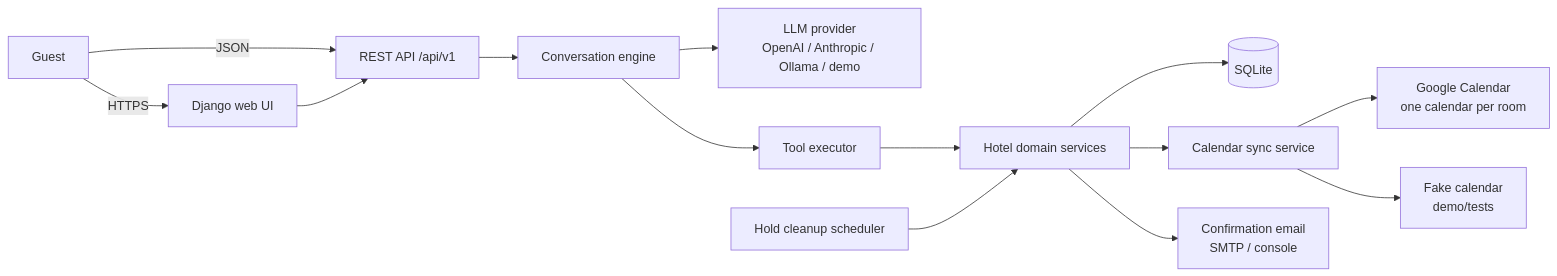
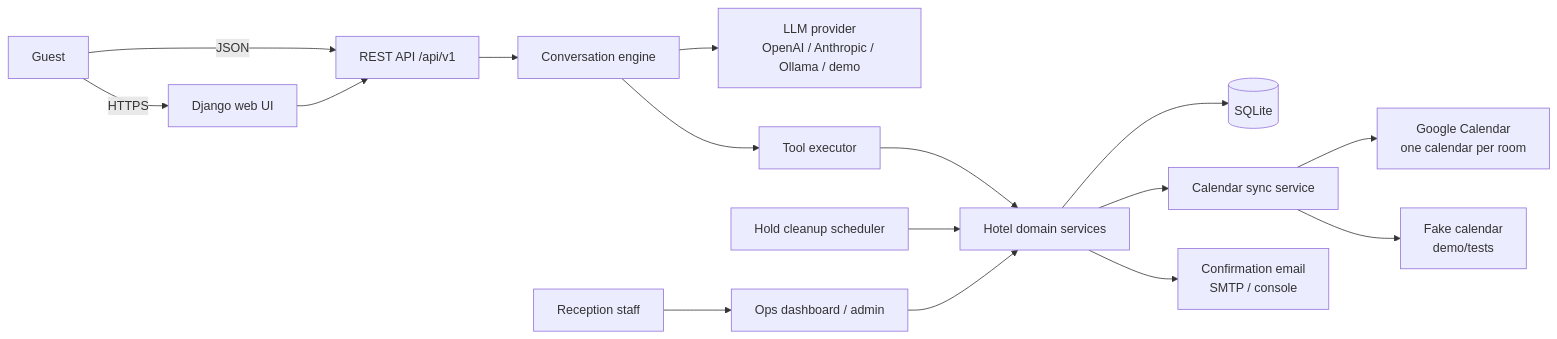
One commit to michalfrackowiak/hotel-ai-alpha changed the first of 4 diagrams in docs/ARCHITECTURE.md. Above: the diagram before and after it, drawn with Mermaid. The commit also changed other lines of this file and 34 other files, not shown here.

````diff
--- a/docs/ARCHITECTURE.md
+++ b/docs/ARCHITECTURE.md
@@ -7,16 +7,18 @@
 ```mermaid
 flowchart LR
     Guest[Guest] -->|HTTPS| Web[Django web UI]
     Guest -->|JSON| API[REST API /api/v1]
     Web --> API
     API --> Agent[Conversation engine]
     Agent --> LLM[LLM provider<br/>OpenAI / Anthropic / Ollama / demo]
     Agent --> Tools[Tool executor]
     Tools --> Hotel[Hotel domain services]
     Hotel --> DB[(SQLite)]
     Hotel --> Calendar[Calendar sync service]
     Calendar --> Google[Google Calendar<br/>one calendar per room]
     Calendar --> Fake[Fake calendar<br/>demo/tests]
     Hotel --> Mail[Confirmation email<br/>SMTP / console]
     Scheduler[Hold cleanup scheduler] --> Hotel
+    Staff[Reception staff] --> Ops[Ops dashboard / admin]
+    Ops --> Hotel
 ```
````
